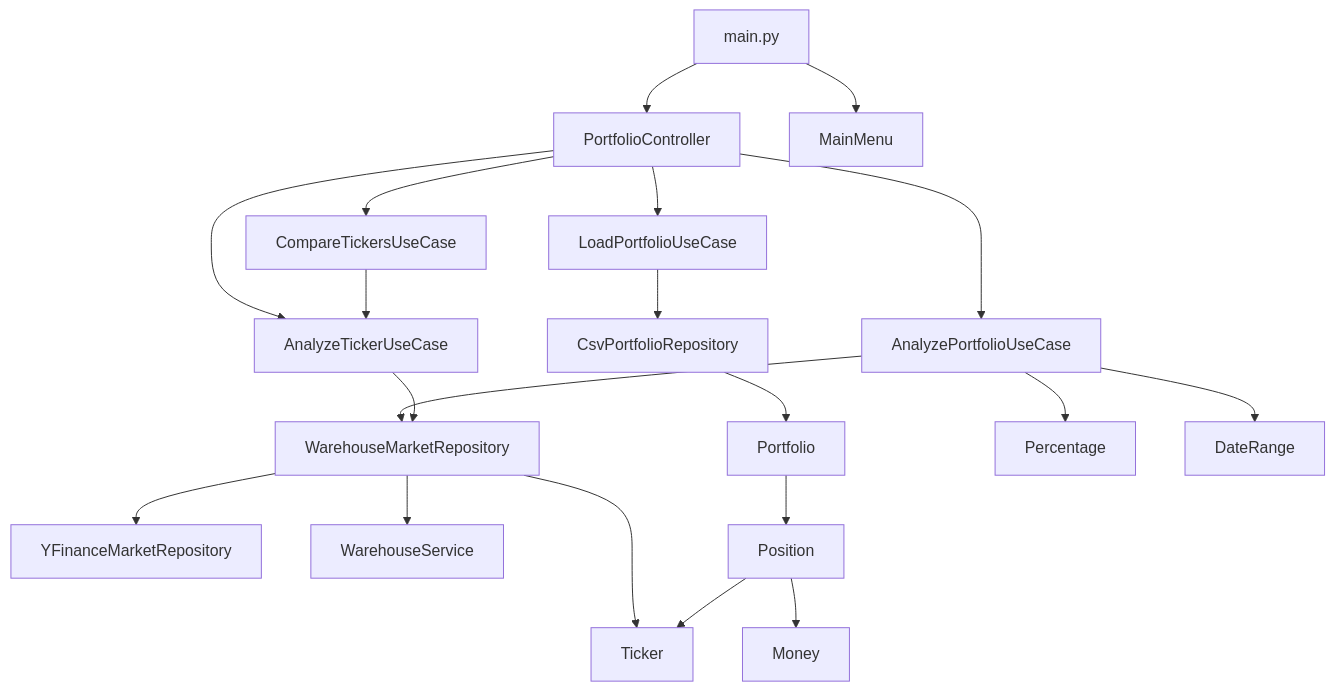
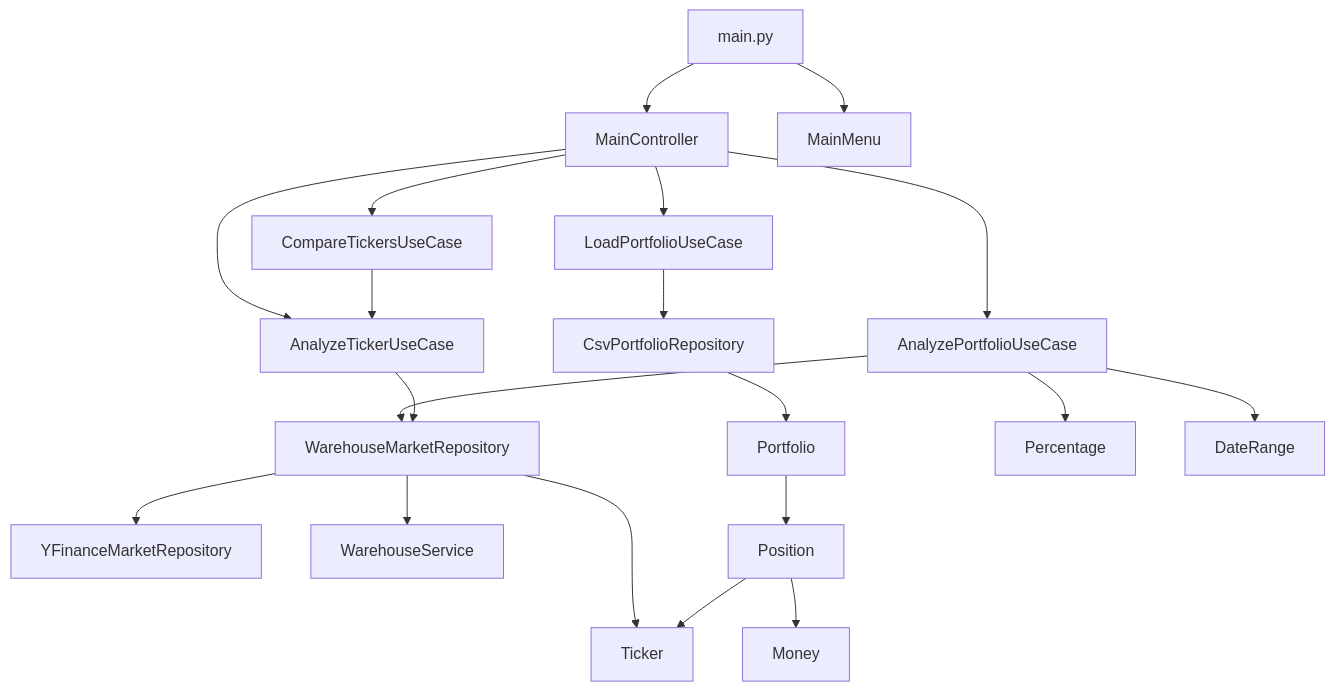
One commit to maxokhrimenko/omen.invest changed the first of 5 diagrams in docs/BACKEND.MD. Above: the diagram before and after it, drawn with Mermaid. The commit also changed other lines of this file and 43 other files, not shown here.

````diff
--- a/docs/BACKEND.MD
+++ b/docs/BACKEND.MD
@@ -187,27 +188,27 @@
 ```mermaid
 graph TD
-    A[main.py] --> B[PortfolioController]
+    A[main.py] --> B[MainController]
     A --> C[MainMenu]
     B --> D[LoadPortfolioUseCase]
     B --> E[AnalyzePortfolioUseCase]
     B --> F[AnalyzeTickerUseCase]
     B --> G[CompareTickersUseCase]
     
     D --> H[CsvPortfolioRepository]
     E --> I[WarehouseMarketRepository]
     F --> I
     G --> F
     
     I --> J[YFinanceMarketRepository]
     I --> K[WarehouseService]
     
     H --> L[Portfolio]
     I --> M[Ticker]
     
     L --> N[Position]
     N --> M
     N --> O[Money]
     
     E --> P[Percentage]
     E --> Q[DateRange]
 ```
````
